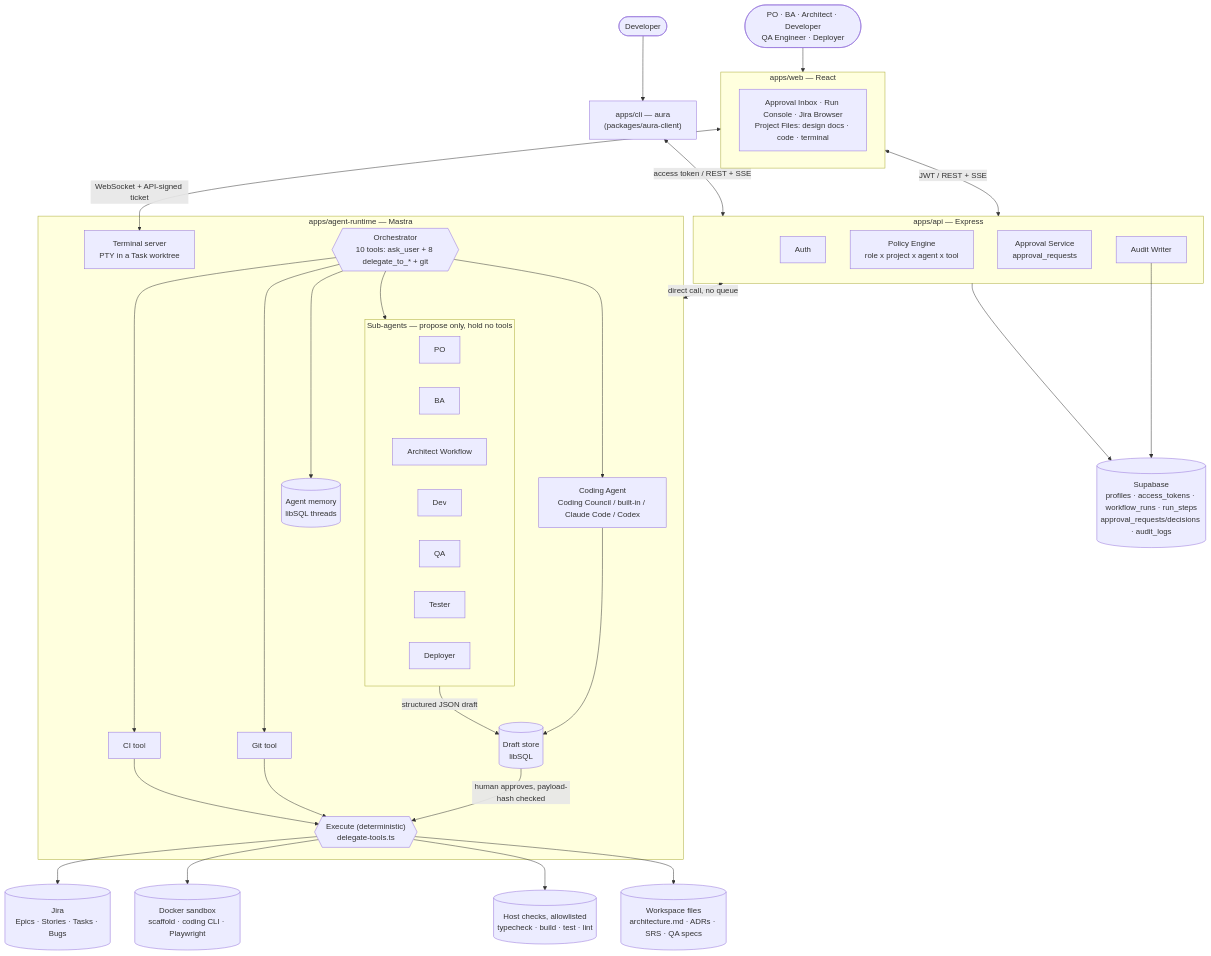
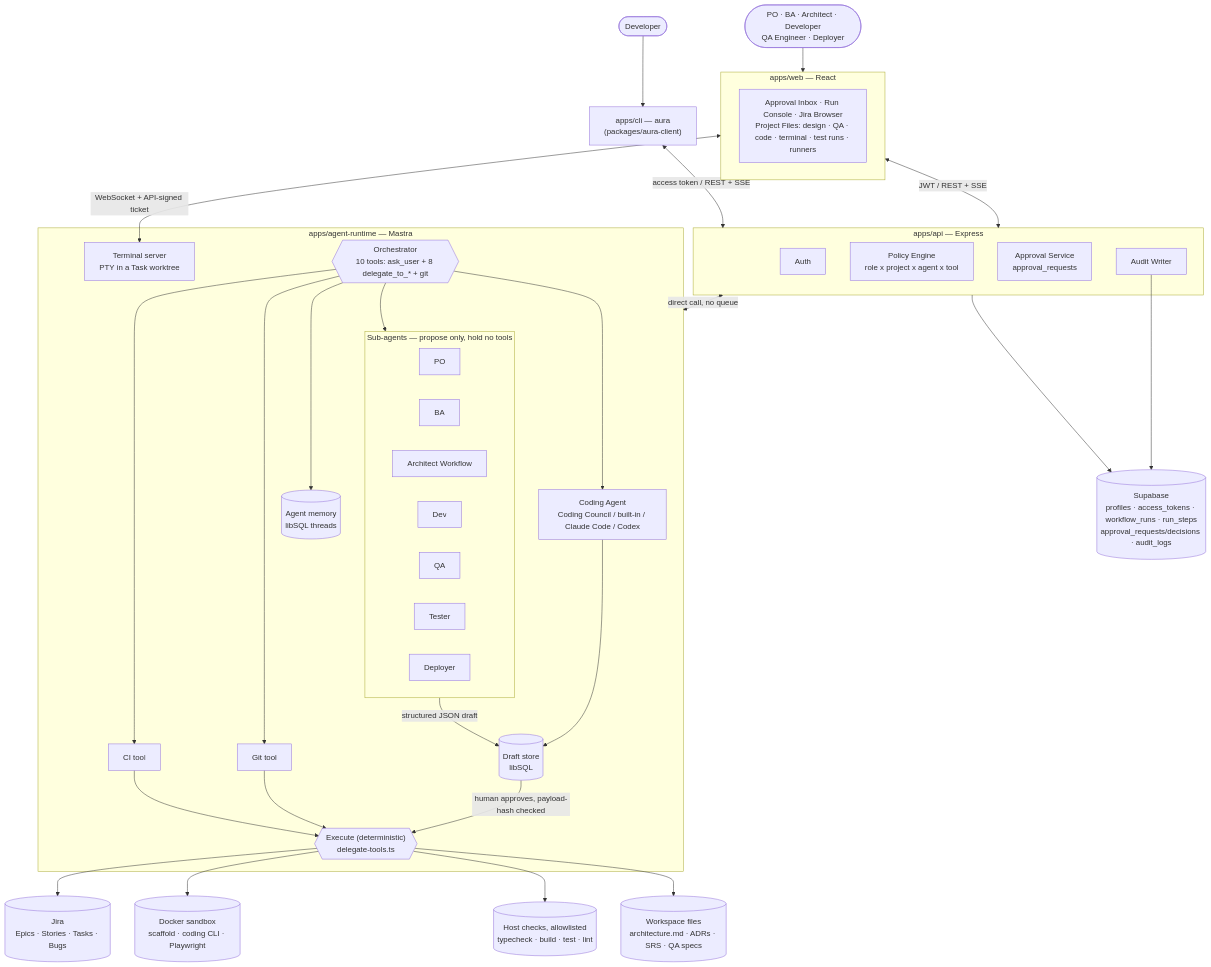
Before and after one commit to HasithaErandika/aura: the first of 3 diagrams in docs/ARCHITECTURE.md, drawn with Mermaid. The commit also changed other lines of this file and 43 other files, not shown here.

````diff
--- a/docs/ARCHITECTURE.md
+++ b/docs/ARCHITECTURE.md
@@ -74,66 +74,66 @@
 ```mermaid
 flowchart TD
     ROLES(["PO · BA · Architect · Developer<br/>QA Engineer · Deployer"]) --> WEB
     DEVS(["Developer"]) --> CLI
 
     subgraph WEB["apps/web — React"]
-        UI["Approval Inbox · Run Console · Jira Browser<br/>Project Files: design docs · code · terminal"]
+        UI["Approval Inbox · Run Console · Jira Browser<br/>Project Files: design · QA · code · terminal · test runs · runners"]
     end
 
     CLI["apps/cli — aura<br/>(packages/aura-client)"]
 
     WEB <-->|"JWT / REST + SSE"| API
     CLI <-->|"access token / REST + SSE"| API
     WEB <-->|"WebSocket + API-signed ticket"| TERM
 
     subgraph API["apps/api — Express"]
         AUTH[Auth]
         POL["Policy Engine<br/>role x project x agent x tool"]
         APR["Approval Service<br/>approval_requests"]
         AUD[Audit Writer]
     end
 
     API <-->|"direct call, no queue"| RT
 
     subgraph RT["apps/agent-runtime — Mastra"]
         ORCH{{"Orchestrator<br/>10 tools: ask_user + 8 delegate_to_* + git"}}
 
         subgraph AGENTS["Sub-agents — propose only, hold no tools"]
             PO_A[PO]
             BA_A[BA]
             AR_A["Architect Workflow"]
             DEV_A[Dev]
             QA_A[QA]
             TS_A[Tester]
             DP_A[Deployer]
         end
 
         CODE["Coding Agent<br/>Coding Council / built-in / Claude Code / Codex"]
         TERM["Terminal server<br/>PTY in a Task worktree"]
         GITT["Git tool"]
         CI["CI tool"]
         MEM[("Agent memory<br/>libSQL threads")]
 
         ORCH --> AGENTS
         ORCH --> CODE
         ORCH --> GITT
         ORCH --> CI
         ORCH --> MEM
 
         AGENTS -->|"structured JSON draft"| DRAFT[("Draft store<br/>libSQL")]
         CODE --> DRAFT
 
         EXEC{{"Execute (deterministic)<br/>delegate-tools.ts"}}
         DRAFT -->|"human approves, payload-hash checked"| EXEC
         GITT --> EXEC
         CI --> EXEC
     end
 
     EXEC --> JIRA[("Jira<br/>Epics · Stories · Tasks · Bugs")]
     EXEC --> DOCKER[("Docker sandbox<br/>scaffold · coding CLI · Playwright")]
     EXEC --> CHECKS[("Host checks, allowlisted<br/>typecheck · build · test · lint")]
     EXEC --> FILES[("Workspace files<br/>architecture.md · ADRs · SRS · QA specs")]
 
     API --> SUPA[("Supabase<br/>profiles · access_tokens · workflow_runs · run_steps<br/>approval_requests/decisions · audit_logs")]
     AUD --> SUPA
 ```
````
